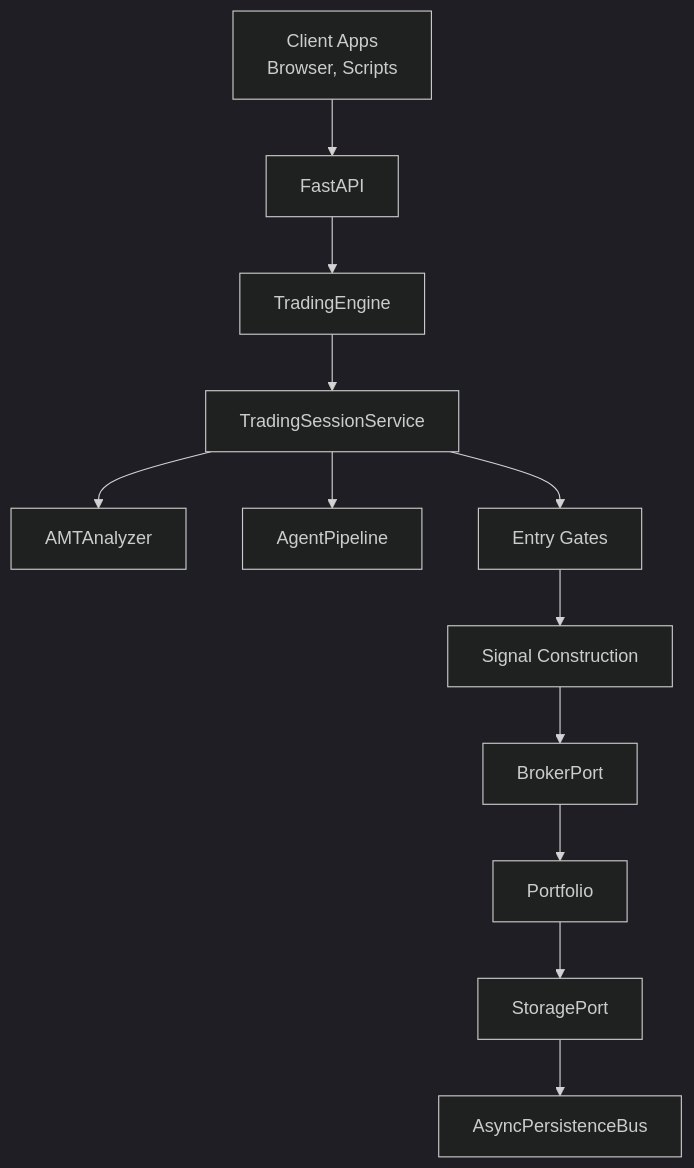
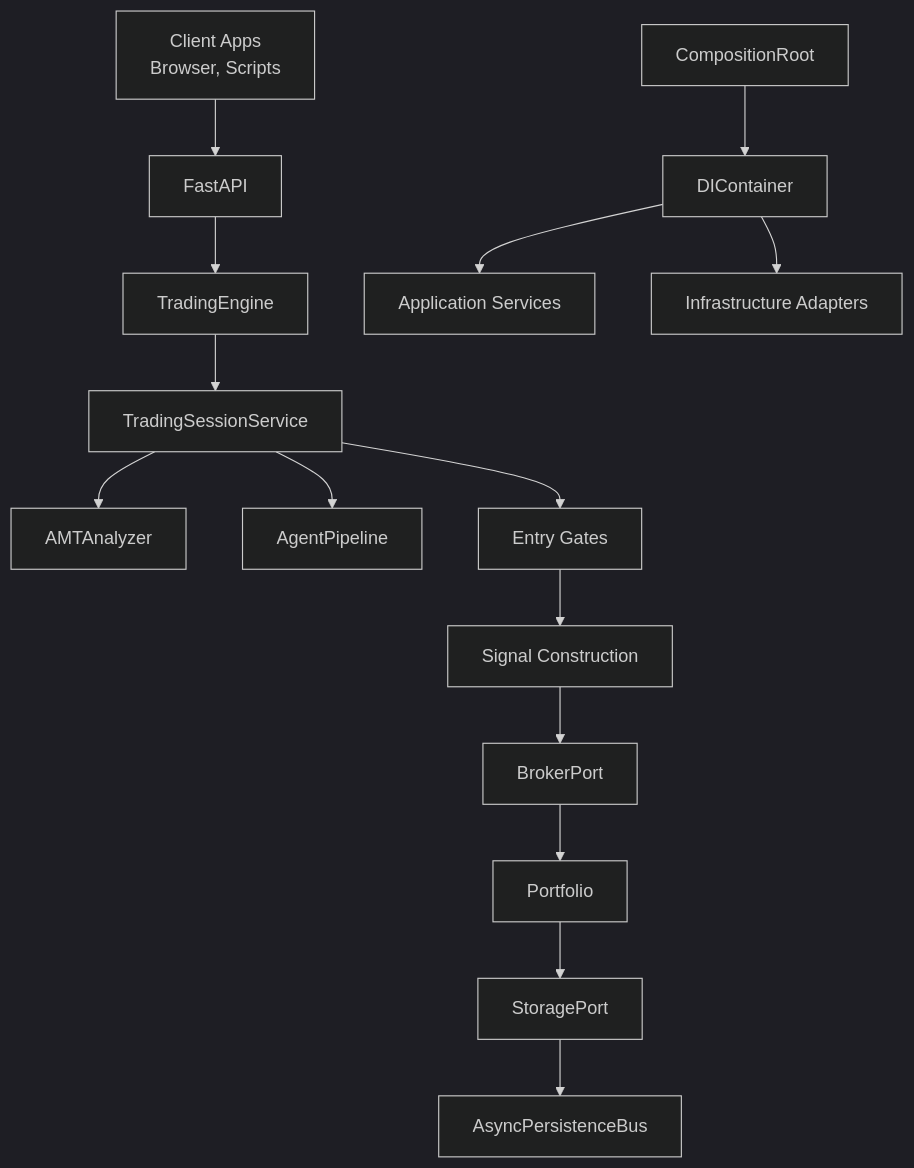
One commit to gemrajkhatry-maker/v5-of-glassytrade-ai changed the second of 13 diagrams in .qoder/repowiki/en/content/Architecture Deep Dive/Design Patterns and Principles.md. Above: the diagram before and after it, drawn with Mermaid (dark theme). The commit also changed other lines of this file and 219 other files, not shown here.

First line of the commit message:
refactor: major architecture improvements across backend, backendv2, brokers, and frontend

````diff
--- a/.qoder/repowiki/en/content/Architecture Deep Dive/Design Patterns and Principles.md
+++ b/.qoder/repowiki/en/content/Architecture Deep Dive/Design Patterns and Principles.md
@@ -106,14 +134,17 @@
 ```mermaid
 graph TB
 Client["Client Apps<br/>Browser, Scripts"] --> API["FastAPI"]
 API --> Engine["TradingEngine"]
 Engine --> Session["TradingSessionService"]
 Session --> AMT["AMTAnalyzer"]
 Session --> Agents["AgentPipeline"]
 Session --> Gates["Entry Gates"]
 Gates --> Signals["Signal Construction"]
 Signals --> Broker["BrokerPort"]
 Broker --> Portfolio["Portfolio"]
 Portfolio --> Storage["StoragePort"]
 Storage --> Persistence["AsyncPersistenceBus"]
+Composition["CompositionRoot"] --> Container["DIContainer"]
+Container --> Services["Application Services"]
+Container --> Adapters["Infrastructure Adapters"]
 ```
````
